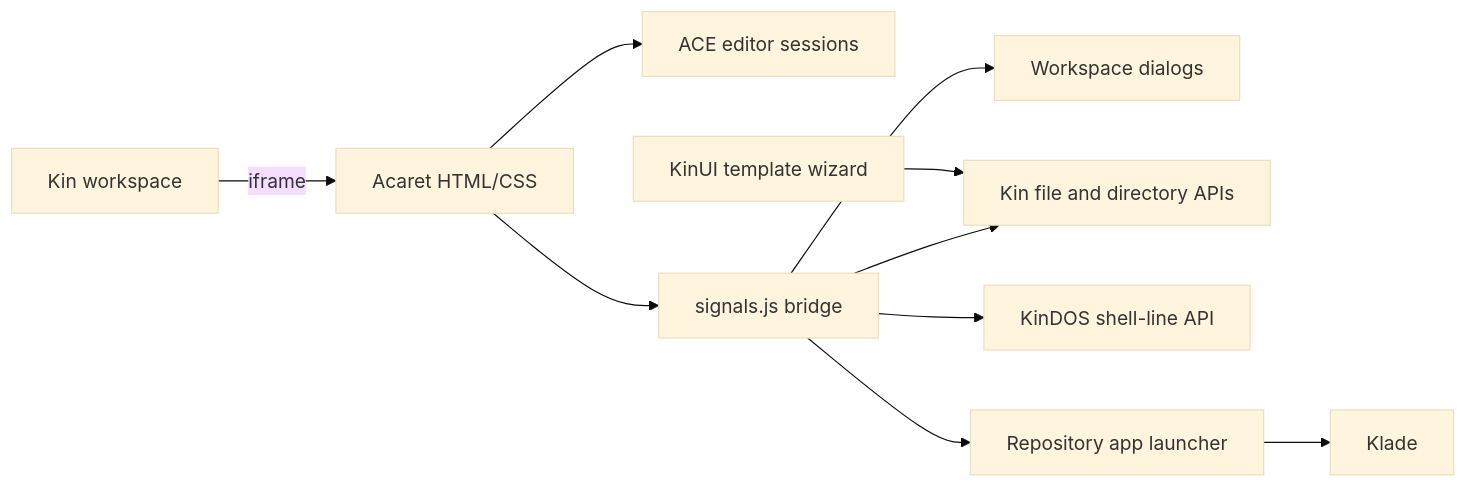
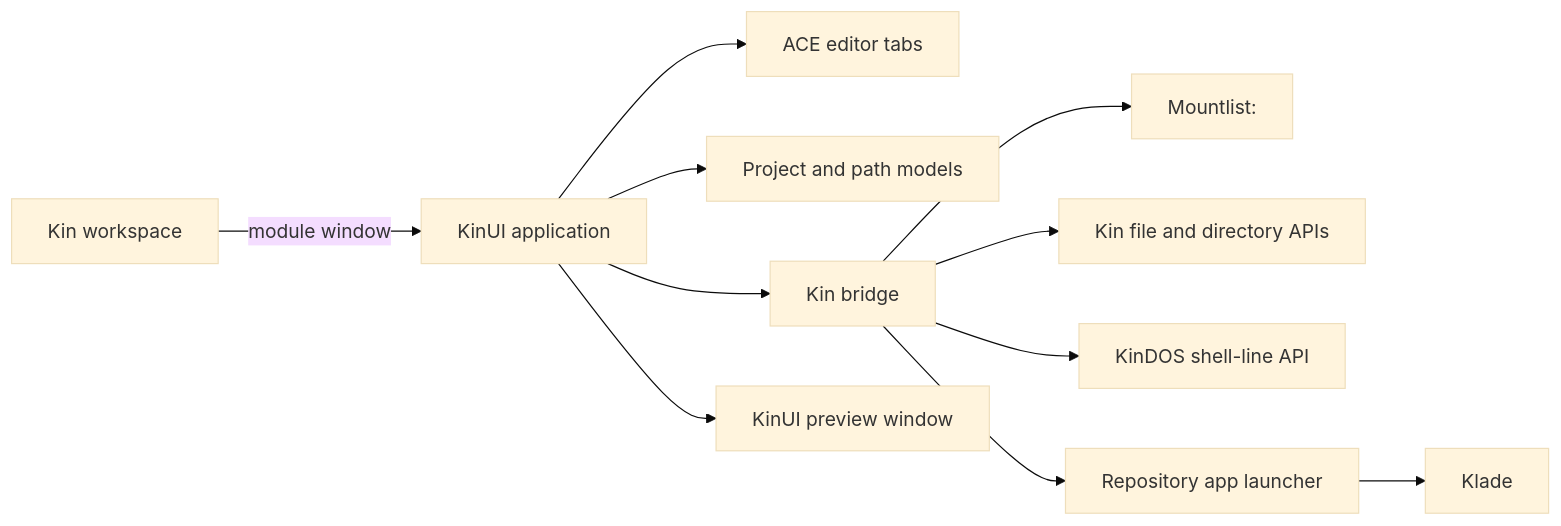
The diagram in specs/architecture.md (auraeinteractive/acaret), drawn with Mermaid (base theme) before and after one commit. The commit also changed other lines of this file and 32 other files, not shown here.

Commit message:
Refactor Acaret into a KinUI project editor

````diff
--- a/specs/architecture.md
+++ b/specs/architecture.md
@@ -3,12 +3,13 @@
 ```mermaid
 flowchart LR
-  Workspace[Kin workspace] -->|iframe| UI[Acaret HTML/CSS]
-  UI --> ACE[ACE editor sessions]
-  UI --> Bridge[signals.js bridge]
-  Bridge --> Dialogs[Workspace dialogs]
+  Workspace[Kin workspace] -->|module window| UI[KinUI application]
+  UI --> ACE[ACE editor tabs]
+  UI --> Models[Project and path models]
+  UI --> Bridge[Kin bridge]
+  Bridge --> Mountlist[Mountlist:]
   Bridge --> Files[Kin file and directory APIs]
   Bridge --> Shell[KinDOS shell-line API]
   Bridge --> Apps[Repository app launcher]
-  Wizard[KinUI template wizard] --> Files
   Apps --> Klade[Klade]
+  UI --> Preview[KinUI preview window]
 ```
````
